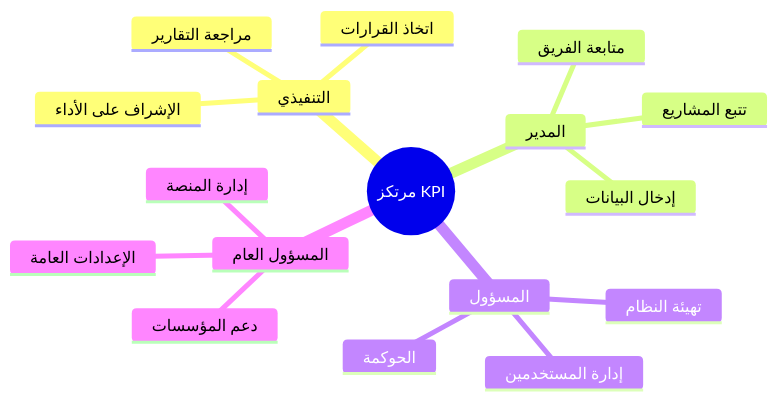
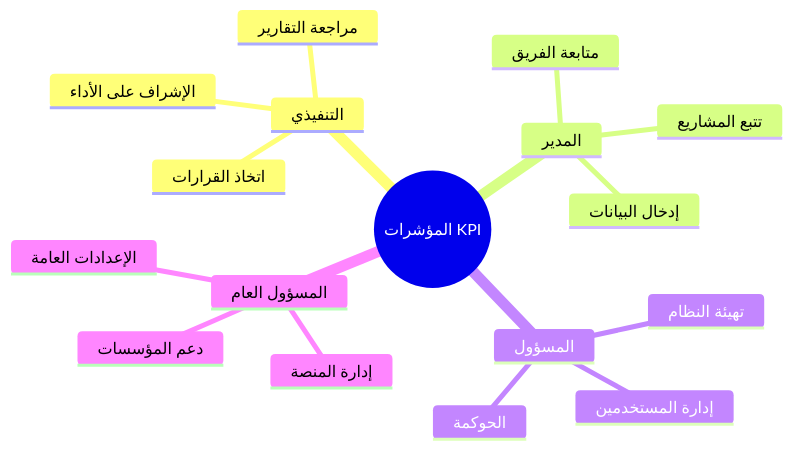
The first of 14 diagrams in docs/user-docs/ar/21-user-journeys.md (apps-developers/murtakaz-ai), drawn with Mermaid before and after one commit. The commit also changed other lines of this file and 36 other files, not shown here.

First line of the commit message:
refactor: rebrand platform from "مرتكز" to "المؤشرات" across all Arabic documentation and site content

````diff
--- a/docs/user-docs/ar/21-user-journeys.md
+++ b/docs/user-docs/ar/21-user-journeys.md
@@ -11,20 +11,20 @@
 ```mermaid
 mindmap
-  root((مرتكز KPI))
+  root(( المؤشرات KPI))
     التنفيذي
       الإشراف على الأداء
       اتخاذ القرارات
       مراجعة التقارير
     المدير
       متابعة الفريق
       إدخال البيانات
       تتبع المشاريع
     المسؤول
       إدارة المستخدمين
       تهيئة النظام
       الحوكمة
     المسؤول العام
       إدارة المنصة
       دعم المؤسسات
       الإعدادات العامة
 ```
````
